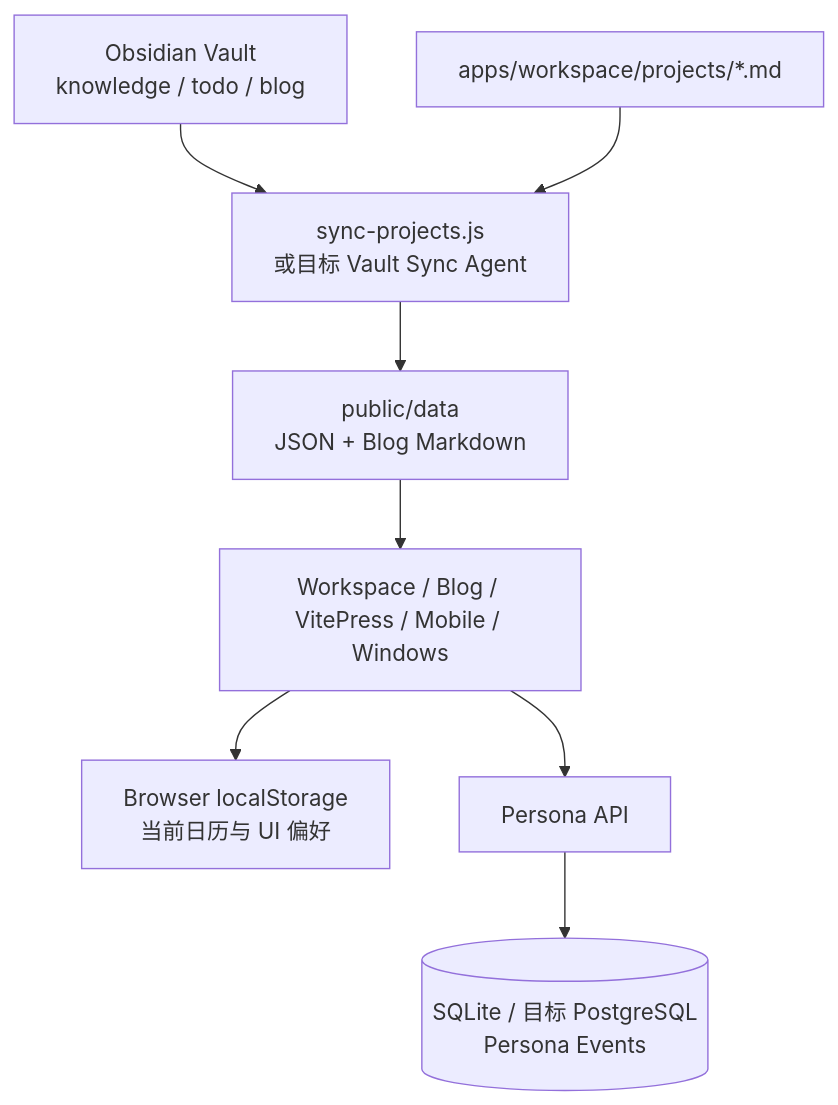
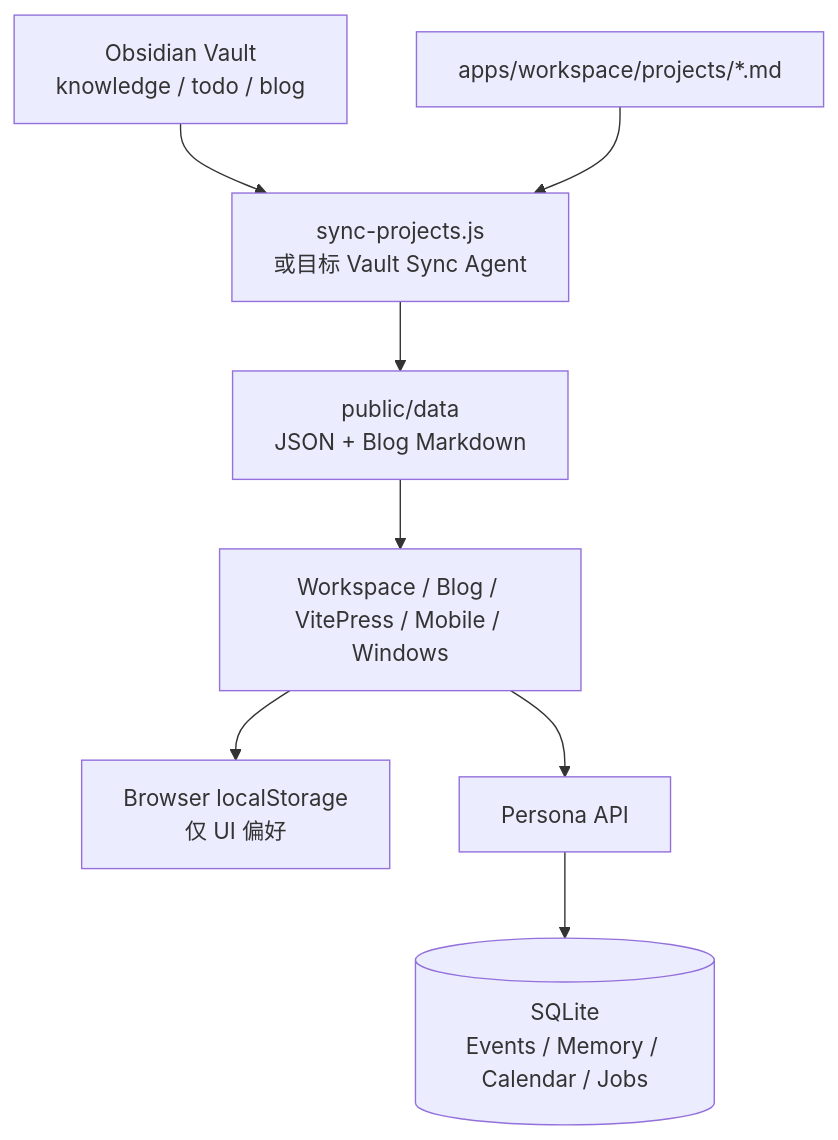
The eighth of 9 diagrams in docs/00-overview/deployment-and-client-architecture.md (qiancheng06/new-blog), drawn with Mermaid before and after one commit. The commit also changed other lines of this file and 30 other files, not shown here.

Commit message:
feat: persist calendar and background jobs

````diff
--- a/docs/00-overview/deployment-and-client-architecture.md
+++ b/docs/00-overview/deployment-and-client-architecture.md
@@ -334,17 +340,17 @@
 ```mermaid
 flowchart TB
   vault["Obsidian Vault<br/>knowledge / todo / blog"]
   projects["apps/workspace/projects/*.md"]
-  events[("SQLite / 目标 PostgreSQL<br/>Persona Events")]
-  local["Browser localStorage<br/>当前日历与 UI 偏好"]
+  events[("SQLite<br/>Events / Memory / Calendar / Jobs")]
+  local["Browser localStorage<br/>仅 UI 偏好"]
   sync["sync-projects.js<br/>或目标 Vault Sync Agent"]
   api["Persona API"]
   cache["public/data<br/>JSON + Blog Markdown"]
   clients["Workspace / Blog / VitePress / Mobile / Windows"]
 
   vault --> sync --> cache
   projects --> sync
   clients --> api --> events
   clients --> local
   cache --> clients
 ```
````
